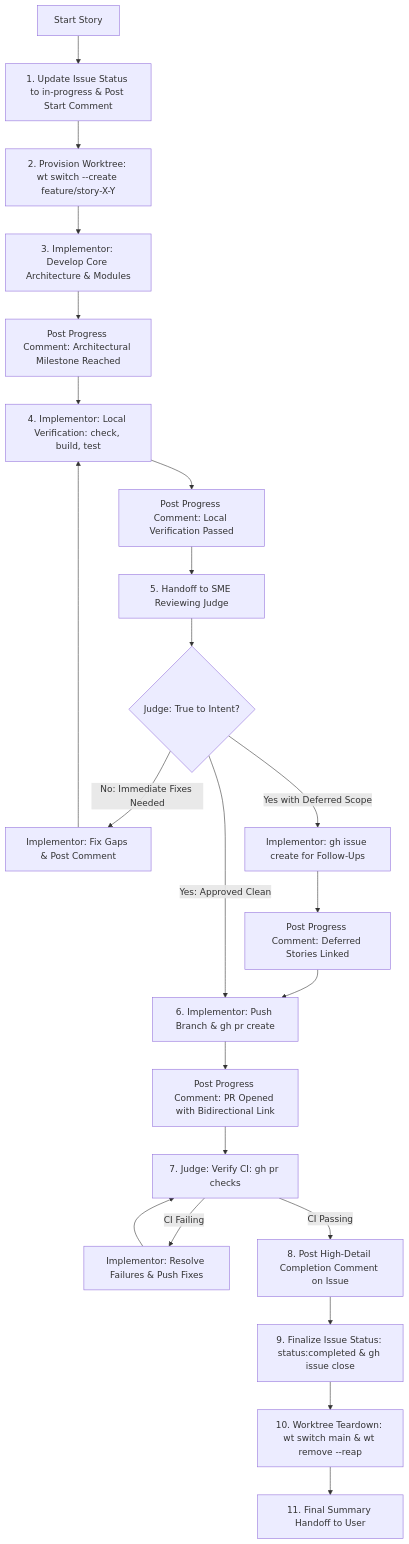
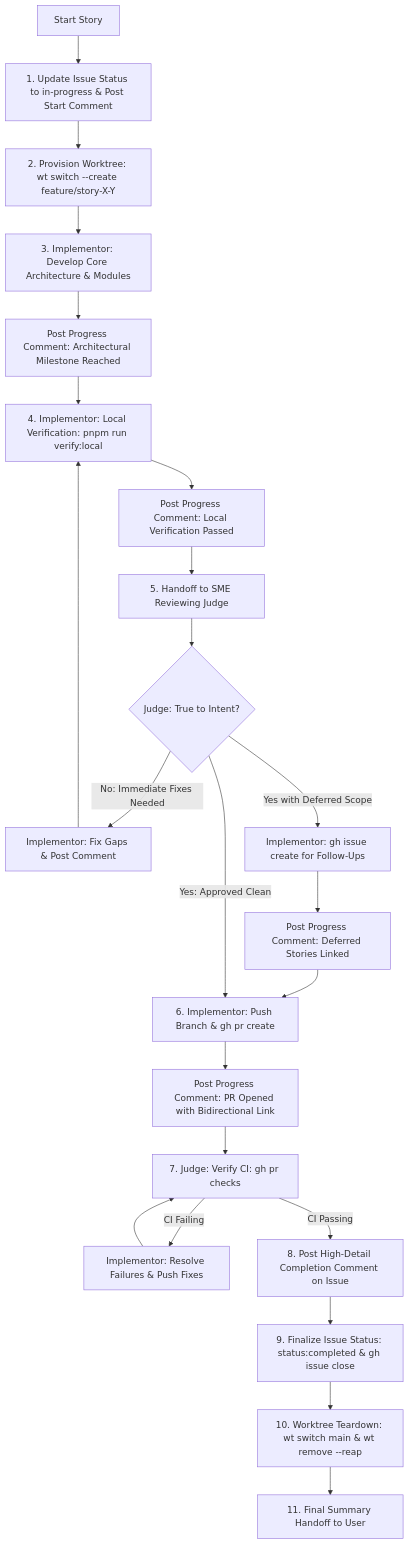
Before and after one commit to jacobmiller22/chrishop: the diagram in .agents/skills/story-feedback-loop/SKILL.md, drawn with Mermaid. The commit also changed other lines of this file and 33 other files, not shown here.

Commit message:
feat(dev): Story 2.14 Pre-PR Local Verification Pipeline & Automated Integration Test Harness (#83)

````diff
--- a/.agents/skills/story-feedback-loop/SKILL.md
+++ b/.agents/skills/story-feedback-loop/SKILL.md
@@ -35,25 +35,25 @@
 ```mermaid
 flowchart TD
     A[Start Story] --> B[1. Update Issue Status to in-progress & Post Start Comment]
     B --> C[2. Provision Worktree: wt switch --create feature/story-X-Y]
     C --> D[3. Implementor: Develop Core Architecture & Modules]
     D --> E[Post Progress Comment: Architectural Milestone Reached]
-    E --> F[4. Implementor: Local Verification: check, build, test]
+    E --> F[4. Implementor: Local Verification: pnpm run verify:local]
     F --> G[Post Progress Comment: Local Verification Passed]
     G --> H[5. Handoff to SME Reviewing Judge]
     H --> I{Judge: True to Intent?}
     I -- No: Immediate Fixes Needed --> J[Implementor: Fix Gaps & Post Comment]
     J --> F
     I -- Yes with Deferred Scope --> K[Implementor: gh issue create for Follow-Ups]
     K --> L[Post Progress Comment: Deferred Stories Linked]
     L --> M[6. Implementor: Push Branch & gh pr create]
     I -- Yes: Approved Clean --> M
     M --> N[Post Progress Comment: PR Opened with Bidirectional Link]
     N --> O[7. Judge: Verify CI: gh pr checks]
     O -- CI Failing --> P[Implementor: Resolve Failures & Push Fixes]
     P --> O
     O -- CI Passing --> Q[8. Post High-Detail Completion Comment on Issue]
     Q --> R[9. Finalize Issue Status: status:completed & gh issue close]
     R --> S[10. Worktree Teardown: wt switch main & wt remove --reap]
     S --> T[11. Final Summary Handoff to User]
 ```
````
